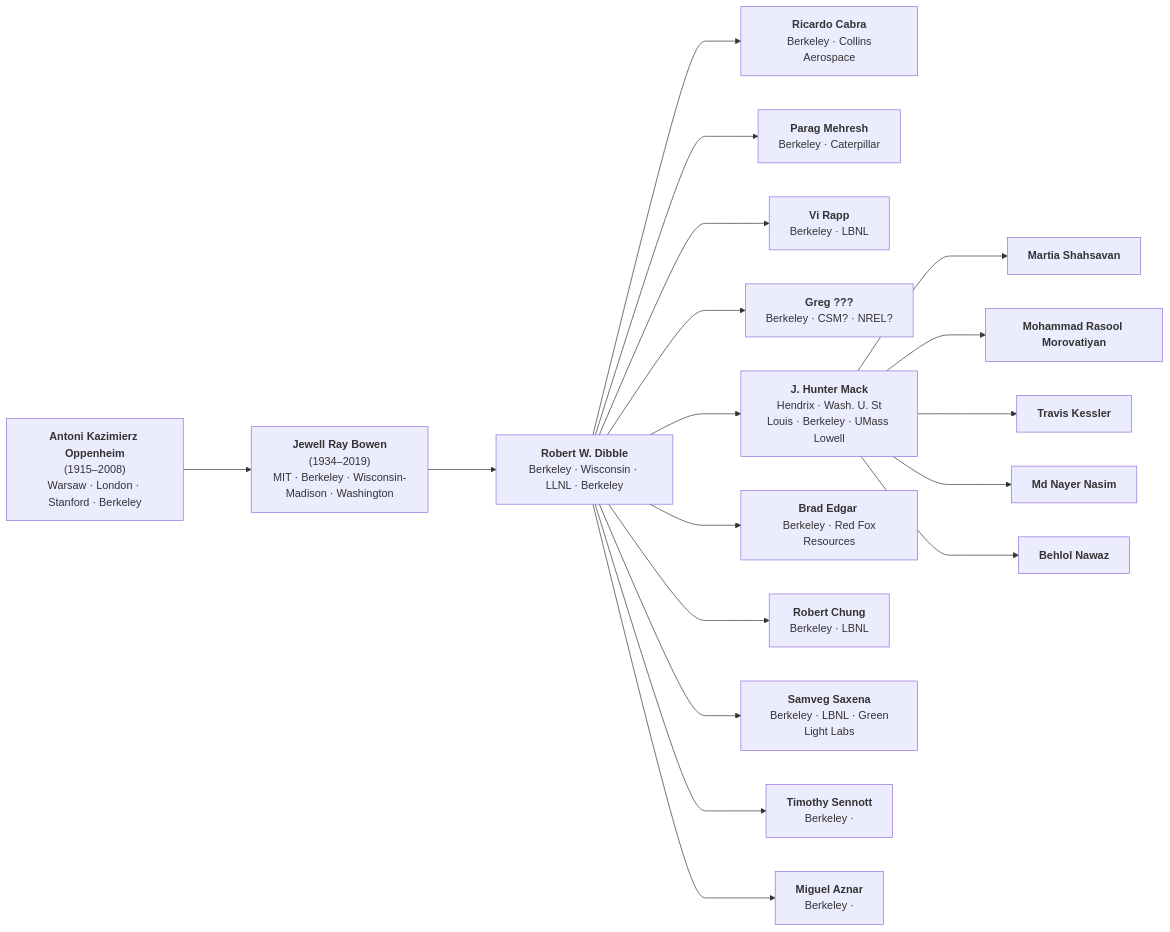
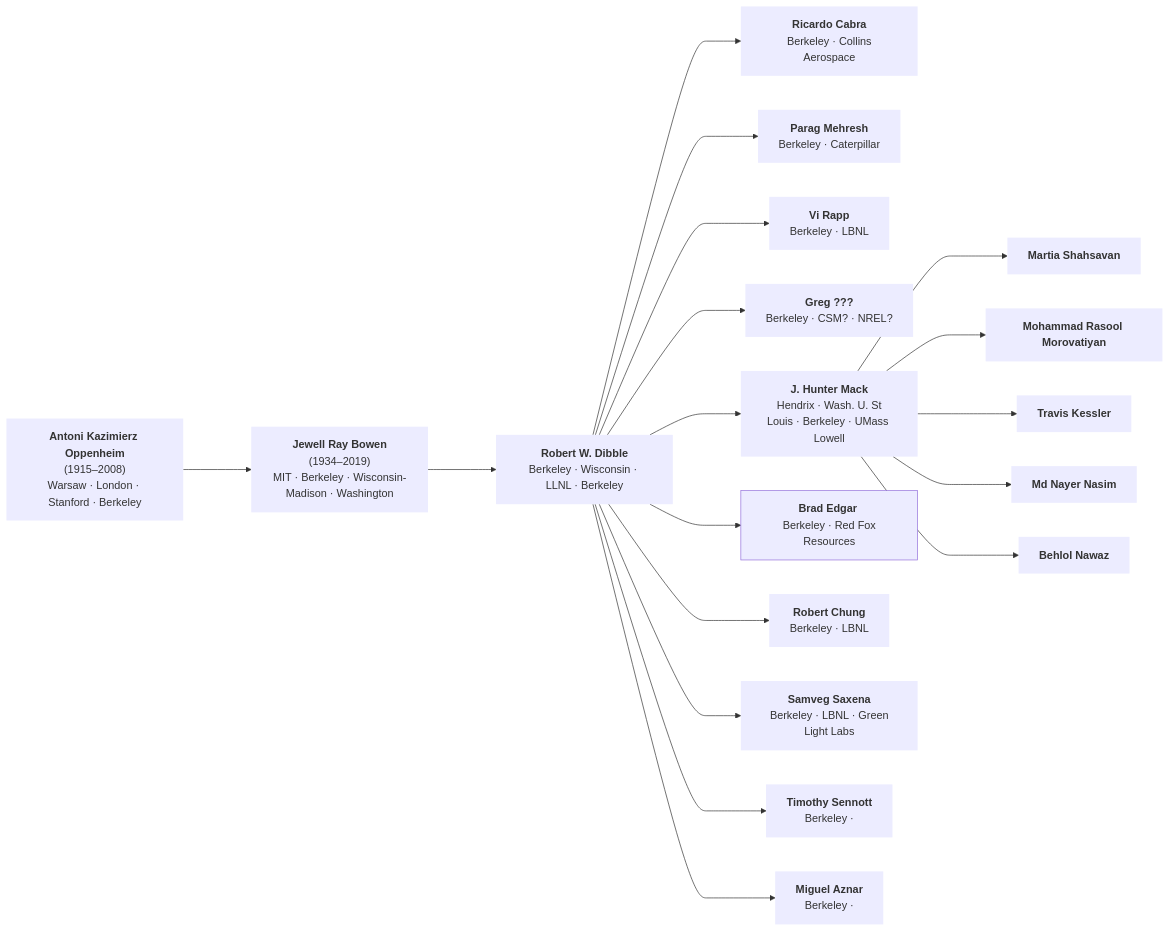
One commit to bnawaz95/ECRL-acad-tree changed the diagram in acad_tree.md. Above: the diagram before and after it, drawn with Mermaid.

````diff
--- a/acad_tree.md
+++ b/acad_tree.md
@@ -1,45 +1,48 @@
 ```mermaid
 graph LR
     A["<b>Antoni Kazimierz Oppenheim</b><br/>(1915–2008)<br/>Warsaw · London · Stanford · Berkeley"]
 
     B["<b>Jewell Ray Bowen</b><br/>(1934–2019)<br/>MIT · Berkeley · Wisconsin-Madison · Washington"]
 
     C["<b>Robert W. Dibble</b><br/>Berkeley · Wisconsin · LLNL · Berkeley"]
 
     D1["<b>Ricardo Cabra</b><br/> Berkeley · Collins Aerospace"]
     D2["<b>Parag Mehresh</b><br/> Berkeley · Caterpillar"]
     D3["<b>Vi Rapp</b><br/> Berkeley · LBNL"]
     D4["<b>Greg ???</b><br/> Berkeley · CSM? · NREL?"]
     D0["<b>J. Hunter Mack</b><br/> Hendrix · Wash. U. St Louis · Berkeley · UMass Lowell"]
     D5["<b>Brad Edgar </b><br/> Berkeley · Red Fox Resources"]
     D6["<b>Robert Chung</b><br/> Berkeley · LBNL"]
     D7["<b>Samveg Saxena</b><br/> Berkeley · LBNL · Green Light Labs"]
     D8["<b>Timothy Sennott</b><br/> Berkeley · "]
     D9["<b>Miguel Aznar</b><br/> Berkeley · "]
 
     E["<b>Martia Shahsavan</b>"]
     F["<b>Mohammad Rasool Morovatiyan</b>"]
     G["<b>Travis Kessler</b>"]
     H["<b>Md Nayer Nasim</b>"]
     I["<b>Behlol Nawaz</b>"]
 
     A ---> B
     B ---> C
 
     C ---> D0
     C ---> D1
     C ---> D2
     C ---> D3
     C ---> D4
     C ---> D5
     C ---> D6
     C ---> D7
     C ---> D8
     C ---> D9
 
     D0 ---> E
     D0 ---> F
     D0 ---> G
     D0 ---> H
     D0 ---> I
+
+classDef noBorder stroke:none,stroke-width:0px;
+class A,B,C,D0,D1,D2,D3,D4,D6,D6,D7,D8,D9,E,F,G,H,I, noBorder
 ```
````
